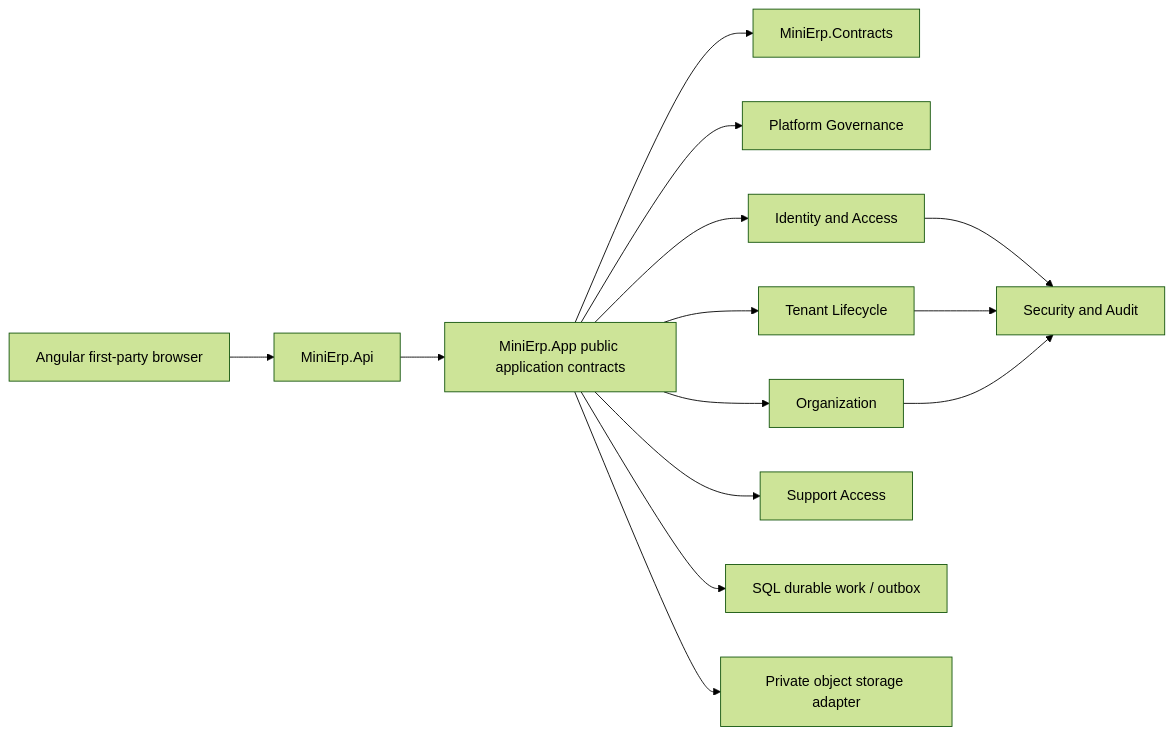
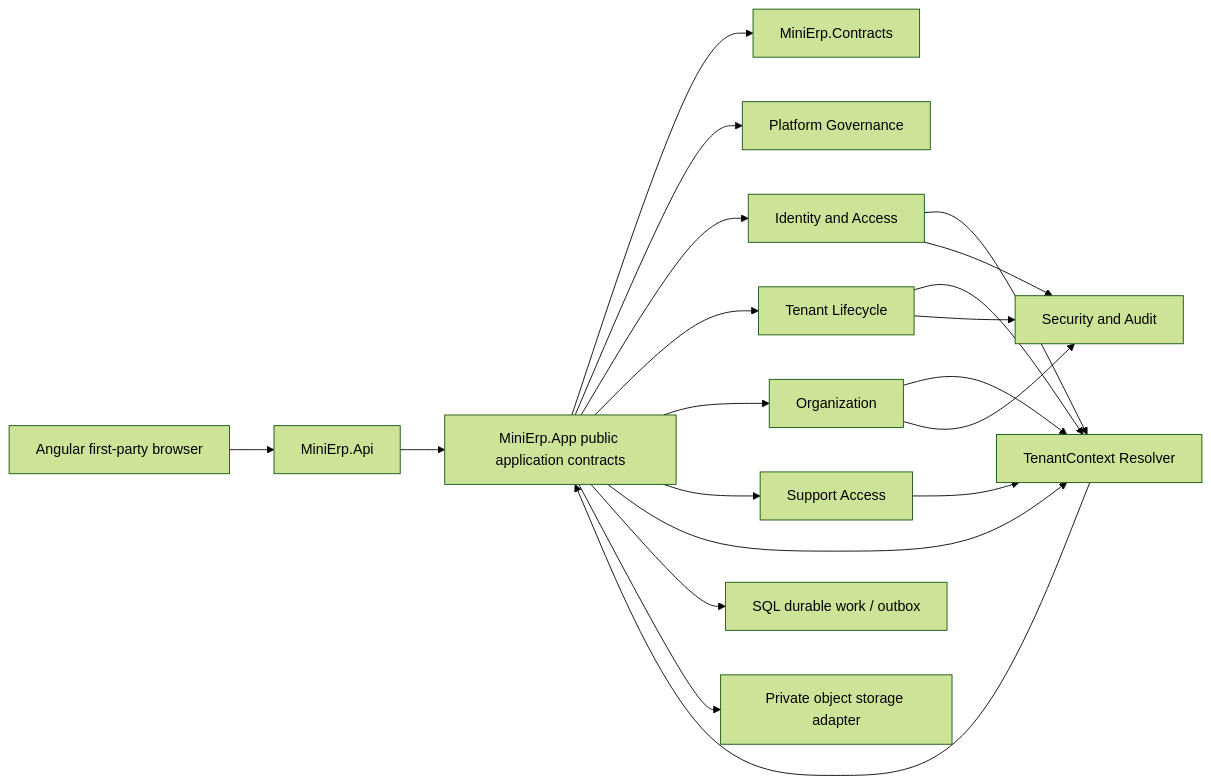
The first of 3 diagrams in docs/15_Foundation_Release_1_Lean_Implementation_Specification.md (Hossam1104/mini-erp-saas-platform), drawn with Mermaid (forest theme) before and after one commit. The commit also changed other lines of this file and 1 other file, not shown here.

Commit message:
docs(foundation): resolve final architecture review findings

````diff
--- a/docs/15_Foundation_Release_1_Lean_Implementation_Specification.md
+++ b/docs/15_Foundation_Release_1_Lean_Implementation_Specification.md
@@ -146,16 +146,22 @@
 ```mermaid
 flowchart LR
   Browser["Angular first-party browser"] --> Api["MiniErp.Api"]
   Api --> App["MiniErp.App public application contracts"]
   App --> Contracts["MiniErp.Contracts"]
   App --> Platform["Platform Governance"]
   App --> Identity["Identity and Access"]
   App --> Tenant["Tenant Lifecycle"]
   App --> Org["Organization"]
   App --> Support["Support Access"]
+  App --> Resolver["TenantContext Resolver"]
+  Identity --> Resolver
+  Tenant --> Resolver
+  Org --> Resolver
+  Support --> Resolver
+  Resolver --> App
   Identity --> Audit["Security and Audit"]
   Tenant --> Audit
   Org --> Audit
   App --> Work["SQL durable work / outbox"]
   App --> Files["Private object storage adapter"]
 ```
````
